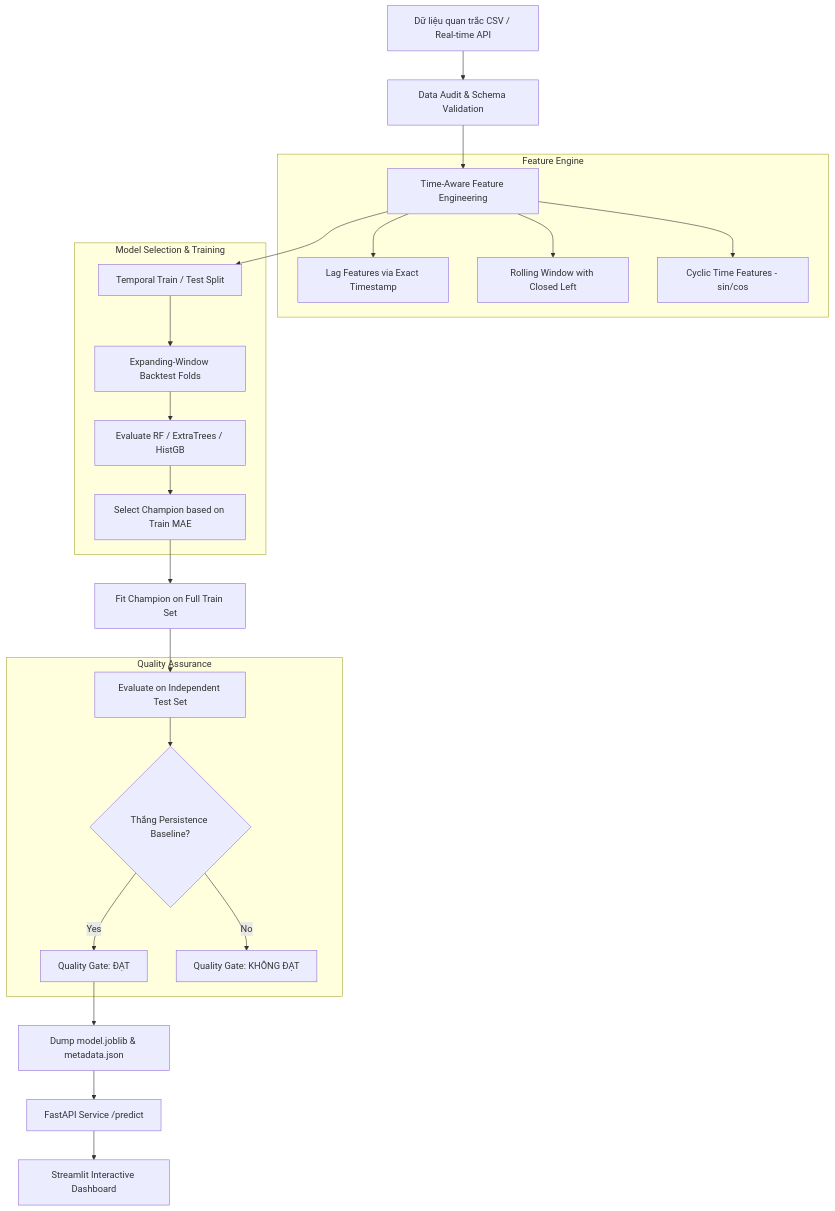
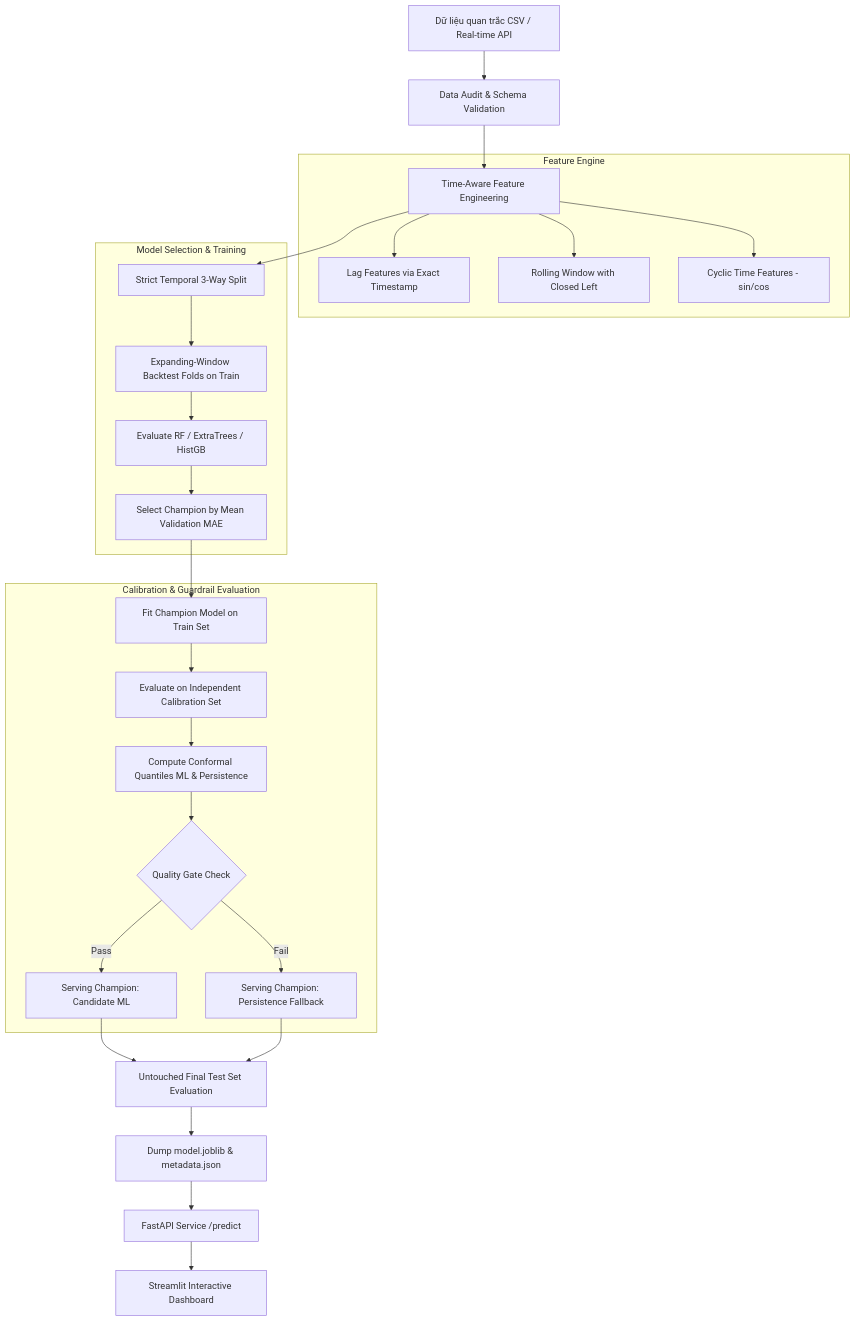
One commit to haminhthong/hcmc-pm25-forecasting changed the diagram in README.md. Above: the diagram before and after it, drawn with Mermaid. The commit also changed other lines of this file and 21 other files, not shown here.

````diff
--- a/README.md
+++ b/README.md
@@ -68,32 +69,35 @@
 ```mermaid
 flowchart TD
     A[Dữ liệu quan trắc CSV / Real-time API] --> B[Data Audit & Schema Validation]
     B --> C[Time-Aware Feature Engineering]
     
     subgraph Feature Engine
         C --> C1[Lag Features via Exact Timestamp]
         C --> C2[Rolling Window with Closed Left]
         C --> C3[Cyclic Time Features - sin/cos]
     end
     
-    C --> D[Temporal Train / Test Split]
+    C --> D[Strict Temporal 3-Way Split]
     
     subgraph Model Selection & Training
-        D --> E[Expanding-Window Backtest Folds]
+        D --> E[Expanding-Window Backtest Folds on Train]
         E --> F[Evaluate RF / ExtraTrees / HistGB]
-        F --> G[Select Champion based on Train MAE]
+        F --> G[Select Champion by Mean Validation MAE]
     end
     
-    G --> H[Fit Champion on Full Train Set]
-    H --> I[Evaluate on Independent Test Set]
+    G --> H[Fit Champion Model on Train Set]
     
-    subgraph Quality Assurance
-        I --> J{Thắng Persistence Baseline?}
-        J -- Yes --> K[Quality Gate: ĐẠT]
-        J -- No --> L[Quality Gate: KHÔNG ĐẠT]
+    subgraph Calibration & Guardrail Evaluation
+        H --> I[Evaluate on Independent Calibration Set]
+        I --> J[Compute Conformal Quantiles ML & Persistence]
+        J --> K{Quality Gate Check}
+        K -- Pass --> L[Serving Champion: Candidate ML]
+        K -- Fail --> M[Serving Champion: Persistence Fallback]
     end
     
-    K --> M[Dump model.joblib & metadata.json]
-    M --> N[FastAPI Service /predict]
-    N --> O[Streamlit Interactive Dashboard]
+    L --> N[Untouched Final Test Set Evaluation]
+    M --> N
+    N --> O[Dump model.joblib & metadata.json]
+    O --> P[FastAPI Service /predict]
+    P --> Q[Streamlit Interactive Dashboard]
 ```
````
